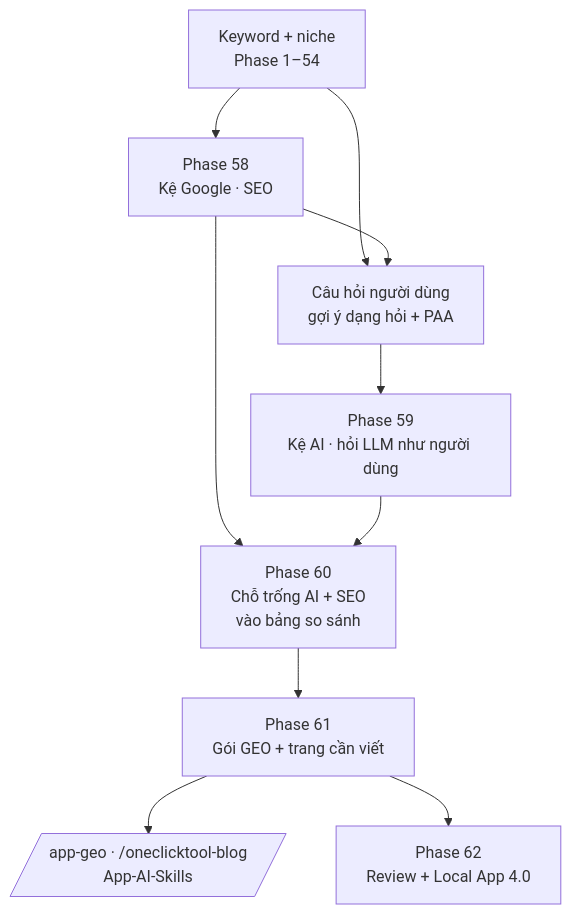
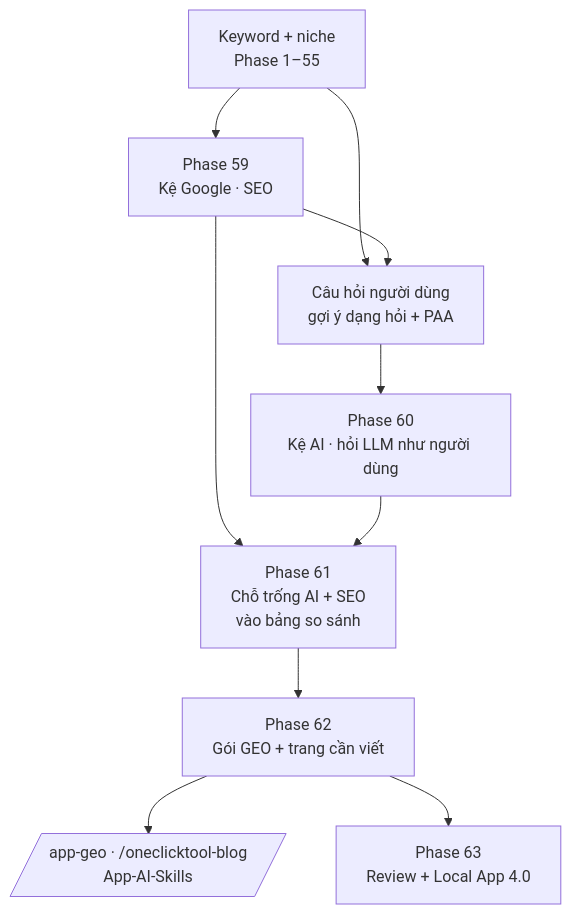
Before and after one commit to nvminhtu/niche-radar-docs: the diagram in docs/web/version-4.md, drawn with Mermaid. The commit also changed other lines of this file and 384 other files, not shown here.

Commit message:
sync: chèn Phase 19 Ai là khách hàng, số 19–62 → 20–63, link cũ tự chuyển trang

````diff
--- a/docs/web/version-4.md
+++ b/docs/web/version-4.md
@@ -27,11 +27,11 @@
 ```mermaid
 flowchart TB
-  K[Keyword + niche<br/>Phase 1–54] --> S[Phase 58<br/>Kệ Google · SEO]
+  K[Keyword + niche<br/>Phase 1–55] --> S[Phase 59<br/>Kệ Google · SEO]
   K --> Q[Câu hỏi người dùng<br/>gợi ý dạng hỏi + PAA]
   S --> Q
-  Q --> A[Phase 59<br/>Kệ AI · hỏi LLM như người dùng]
-  S & A --> G[Phase 60<br/>Chỗ trống AI + SEO<br/>vào bảng so sánh]
-  G --> P[Phase 61<br/>Gói GEO + trang cần viết]
+  Q --> A[Phase 60<br/>Kệ AI · hỏi LLM như người dùng]
+  S & A --> G[Phase 61<br/>Chỗ trống AI + SEO<br/>vào bảng so sánh]
+  G --> P[Phase 62<br/>Gói GEO + trang cần viết]
   P --> X[/app-geo · /oneclicktool-blog<br/>App-AI-Skills/]
-  P --> L[Phase 62<br/>Review + Local App 4.0]
+  P --> L[Phase 63<br/>Review + Local App 4.0]
 ```
````
